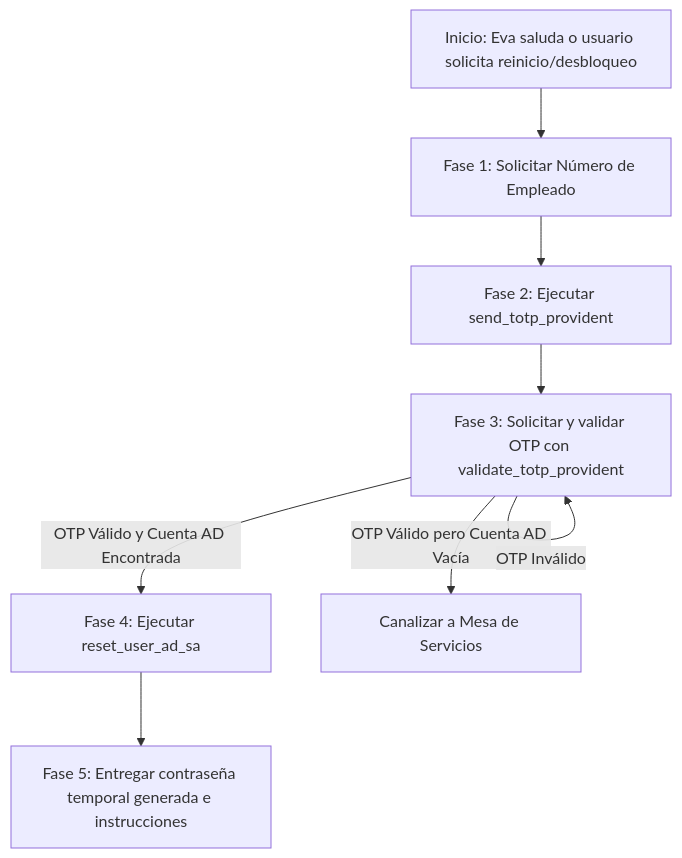
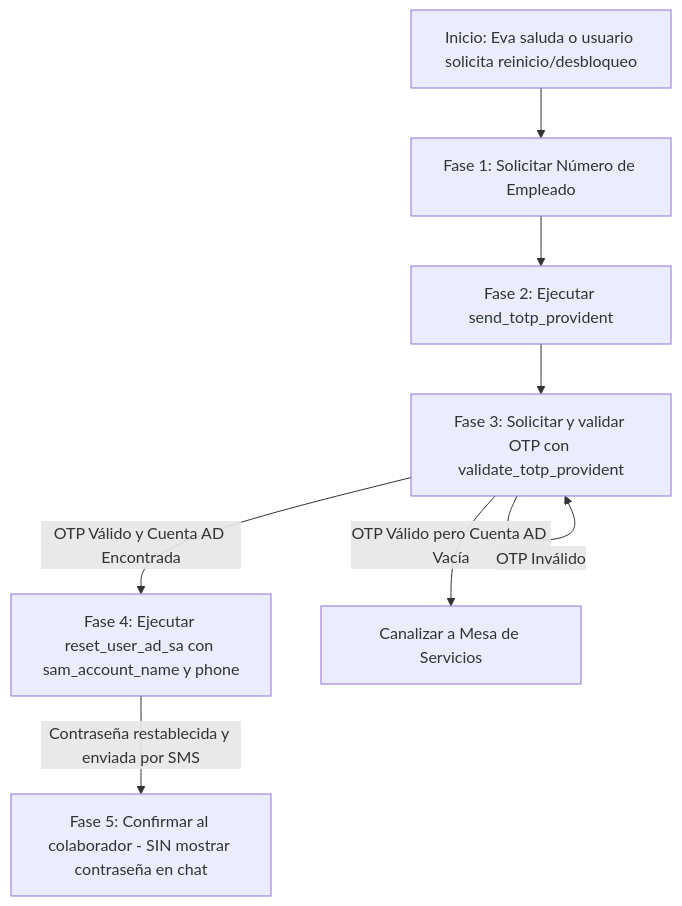
One commit to mamartiner07/MCP-PROV changed the diagram in SYSTEM_PROMPT.md. Above: the diagram before and after it, drawn with Mermaid. The commit also changed other lines of this file and 7 other files, not shown here.

First line of the commit message:
feat: send temporary password via ChatBridge SMS and prevent password display in chat

````diff
--- a/SYSTEM_PROMPT.md
+++ b/SYSTEM_PROMPT.md
@@ -47,10 +49,10 @@
 ```mermaid
 graph TD
     A[Inicio: Eva saluda o usuario solicita reinicio/desbloqueo] --> B[Fase 1: Solicitar Número de Empleado]
     B --> C[Fase 2: Ejecutar send_totp_provident]
     C --> D[Fase 3: Solicitar y validar OTP con validate_totp_provident]
-    D -- OTP Válido y Cuenta AD Encontrada --> E[Fase 4: Ejecutar reset_user_ad_sa]
+    D -- OTP Válido y Cuenta AD Encontrada --> E[Fase 4: Ejecutar reset_user_ad_sa con sam_account_name y phone]
     D -- OTP Válido pero Cuenta AD Vacía --> F[Canalizar a Mesa de Servicios]
     D -- OTP Inválido --> D
-    E --> G[Fase 5: Entregar contraseña temporal generada e instrucciones]
+    E -- Contraseña restablecida y enviada por SMS --> G[Fase 5: Confirmar al colaborador - SIN mostrar contraseña en chat]
 ```
````
